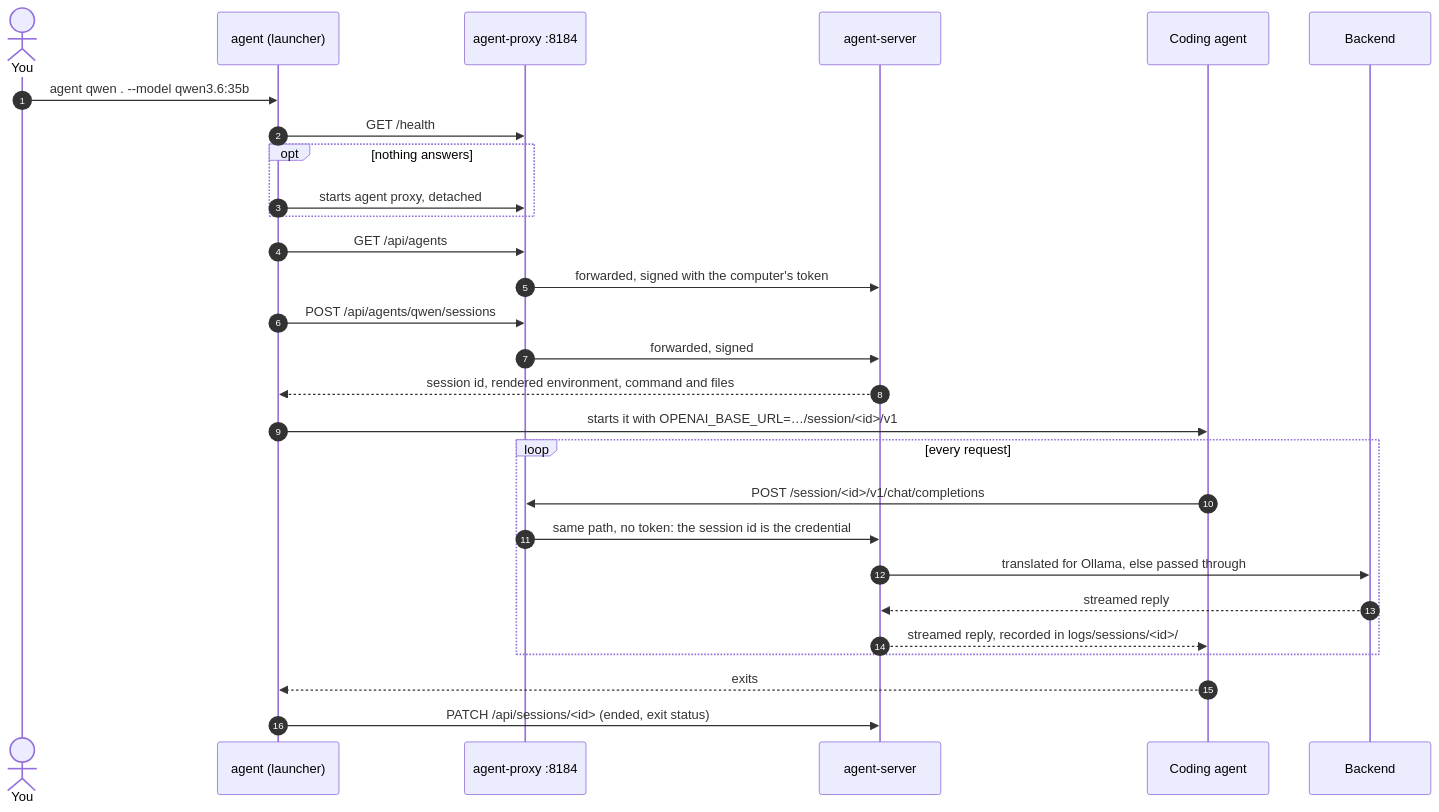
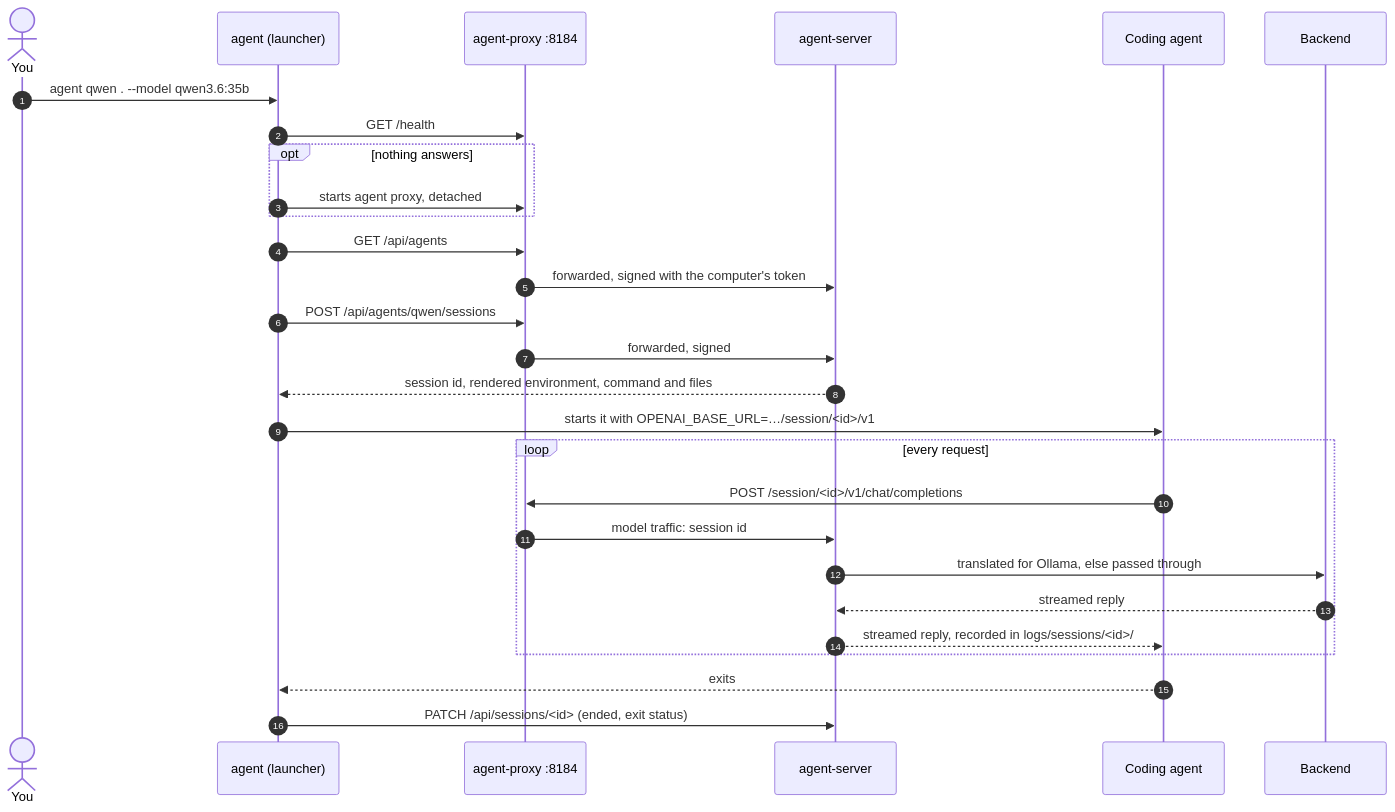
The second of 5 diagrams in docs/architecture.md (joeyenfield/ai-coding-agent-proxy), drawn with Mermaid before and after one commit. The commit also changed other lines of this file and 27 other files, not shown here.

````diff
--- a/docs/architecture.md
+++ b/docs/architecture.md
@@ -119,30 +119,30 @@
 ```mermaid
 sequenceDiagram
   autonumber
   actor You
   participant L as agent (launcher)
   participant P as agent-proxy :8184
   participant S as agent-server
   participant A as Coding agent
   participant B as Backend
   You->>L: agent qwen . --model qwen3.6:35b
   L->>P: GET /health
   opt nothing answers
     L->>P: starts agent proxy, detached
   end
   L->>P: GET /api/agents
   P->>S: forwarded, signed with the computer's token
   L->>P: POST /api/agents/qwen/sessions
   P->>S: forwarded, signed
   S-->>L: session id, rendered environment, command and files
   L->>A: starts it with OPENAI_BASE_URL=…/session/<id>/v1
   loop every request
     A->>P: POST /session/<id>/v1/chat/completions
-    P->>S: same path, no token: the session id is the credential
+    P->>S: model traffic: session id
     S->>B: translated for Ollama, else passed through
     B-->>S: streamed reply
     S-->>A: streamed reply, recorded in logs/sessions/<id>/
   end
   A-->>L: exits
   L->>S: PATCH /api/sessions/<id> (ended, exit status)
 ```
````
